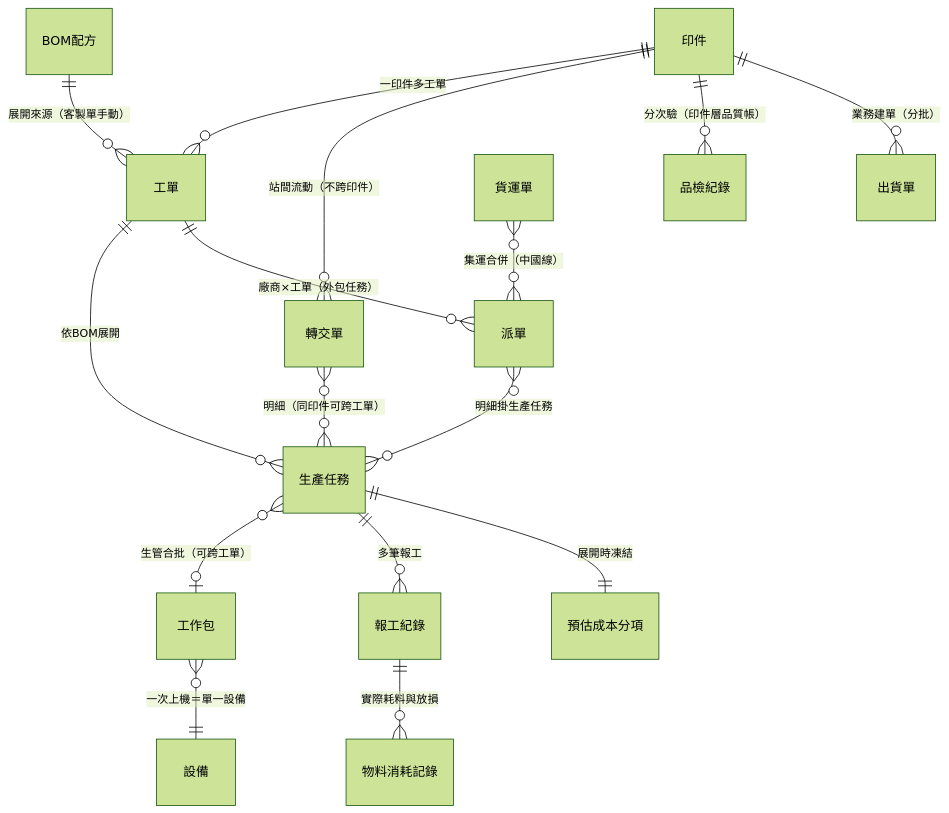
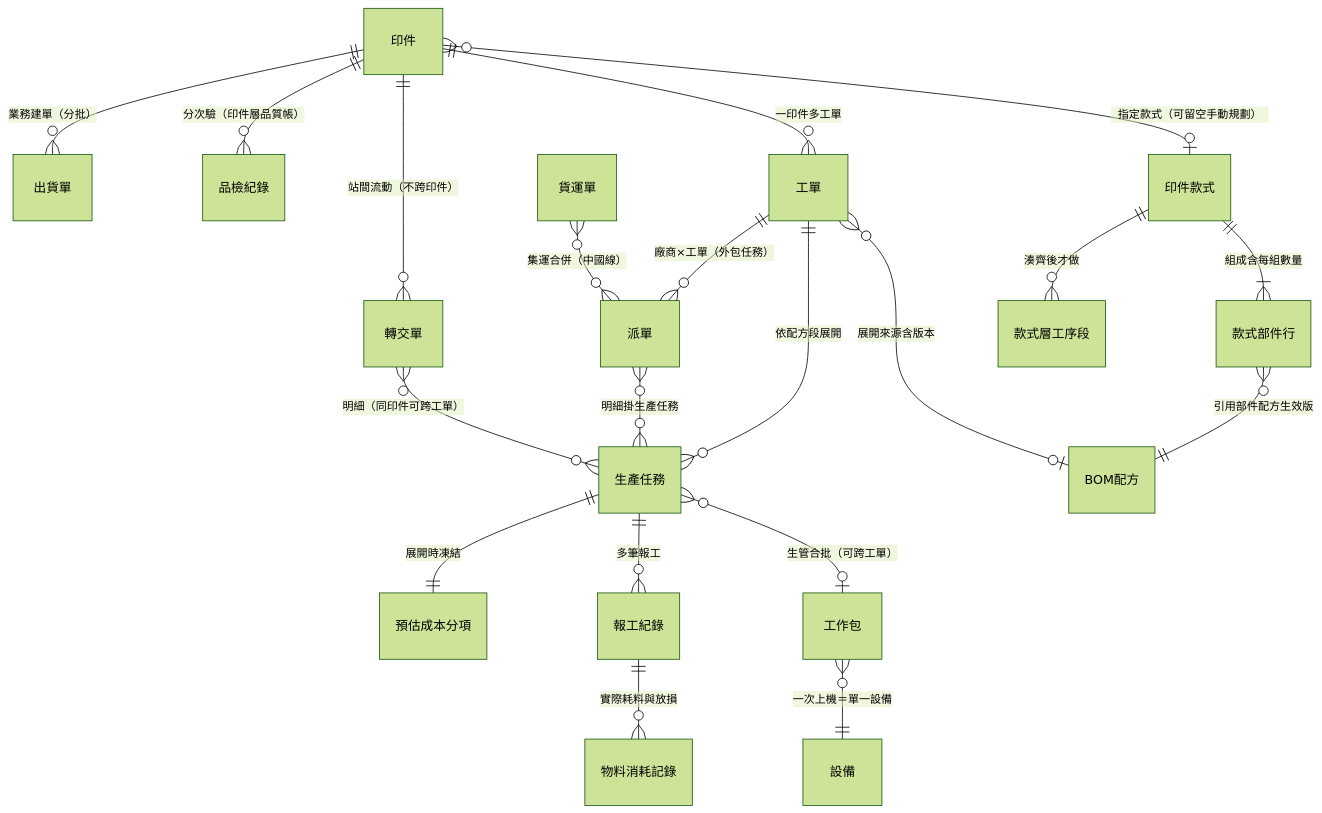
Before and after one commit to Kawato-Miles/erp-spec: the first of 2 diagrams in production-stage-high-level-design.md, drawn with Mermaid (forest theme). The commit also changed other lines of this file, not shown here.

````diff
--- a/production-stage-high-level-design.md
+++ b/production-stage-high-level-design.md
@@ -138,18 +153,22 @@
 ```mermaid
 erDiagram
+    "印件款式" ||--|{ "款式部件行" : "組成含每組數量"
+    "款式部件行" }o--|| "BOM配方" : "引用部件配方生效版"
+    "印件款式" ||--o{ "款式層工序段" : "湊齊後才做"
+    "印件" }o--o| "印件款式" : "指定款式（可留空手動規劃）"
     "印件" ||--o{ "工單" : "一印件多工單"
-    "工單" ||--o{ "生產任務" : "依BOM展開"
-    "BOM配方" ||--o{ "工單" : "展開來源（客製單手動）"
+    "工單" }o--o| "BOM配方" : "展開來源含版本"
+    "工單" ||--o{ "生產任務" : "依配方段展開"
     "生產任務" }o--o| "工作包" : "生管合批（可跨工單）"
     "工作包" }o--|| "設備" : "一次上機＝單一設備"
     "生產任務" ||--o{ "報工紀錄" : "多筆報工"
     "報工紀錄" ||--o{ "物料消耗記錄" : "實際耗料與放損"
     "印件" ||--o{ "轉交單" : "站間流動（不跨印件）"
     "轉交單" }o--o{ "生產任務" : "明細（同印件可跨工單）"
     "印件" ||--o{ "品檢紀錄" : "分次驗（印件層品質帳）"
     "工單" ||--o{ "派單" : "廠商×工單（外包任務）"
     "派單" }o--o{ "生產任務" : "明細掛生產任務"
     "貨運單" }o--o{ "派單" : "集運合併（中國線）"
     "印件" ||--o{ "出貨單" : "業務建單（分批）"
     "生產任務" ||--|| "預估成本分項" : "展開時凍結"
 ```
````
